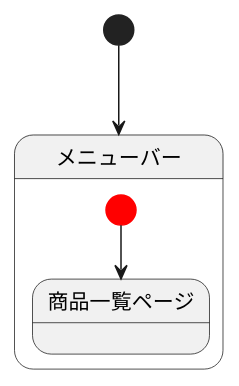
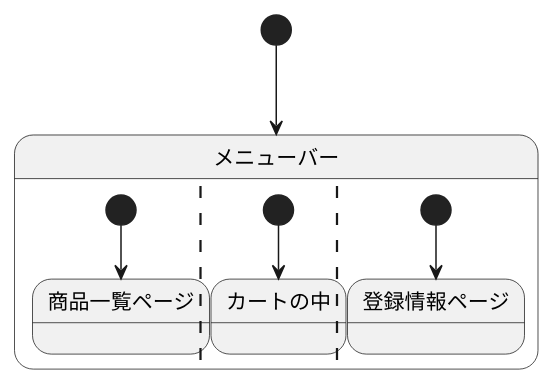
The diagram in sample/StateMachine.md (Aso2001385/2021sys-design), drawn with PlantUML before and after one commit.

````diff
--- a/sample/StateMachine.md
+++ b/sample/StateMachine.md
@@ -1,14 +1,18 @@
 ```uml
 @startuml
 
 [*] --> メニューバー
 state メニューバー {
- [*] #red --> 商品一覧ページ  
+ [*] --> 商品一覧ページ
+ ||
+ [*] --> カートの中 
+ ||
+ [*] --> 登録情報ページ
 }
 
 
 
 
 
 @enduml
 ```
````
